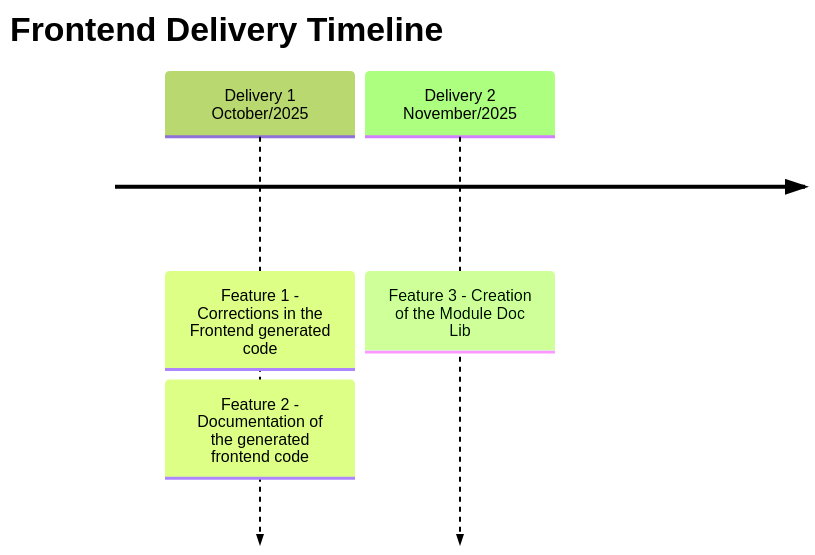
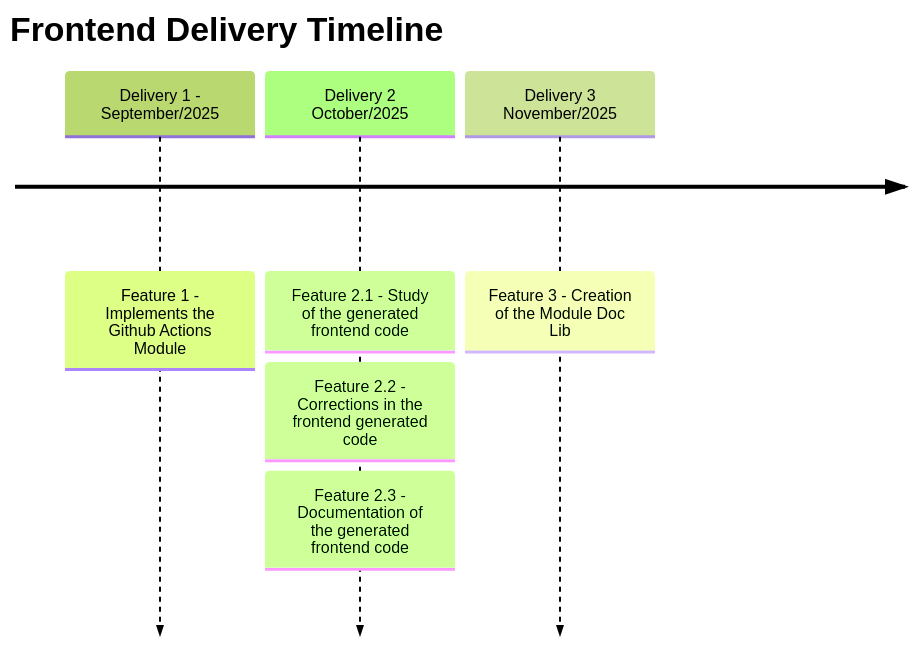
Before and after one commit to Nicolas-Botelho/leds-tools-public: the diagram in docs/spark/project_management/1_overview.md, drawn with Mermaid. The commit also changed other lines of this file and 3 other files, not shown here.

````diff
--- a/docs/spark/project_management/1_overview.md
+++ b/docs/spark/project_management/1_overview.md
@@ -27,12 +34,16 @@
 ```mermaid
 %%{init: {'theme': 'forest' } }%%
 timeline
     title Frontend Delivery Timeline
 
-    Delivery 1 October/2025
-      : Feature 1 - Corrections in the Frontend generated code
-      : Feature 2 - Documentation of the generated frontend code
+    Delivery 1 - September/2025
+      : Feature 1 - Implements the Github Actions Module
 
-    Delivery 2 November/2025
+    Delivery 2 October/2025
+      : Feature 2.1 - Study of the generated frontend code
+      : Feature 2.2 - Corrections in the frontend generated code
+      : Feature 2.3 - Documentation of the generated frontend code
+
+    Delivery 3 November/2025
       : Feature 3 - Creation of the Module Doc Lib
 ```
````
